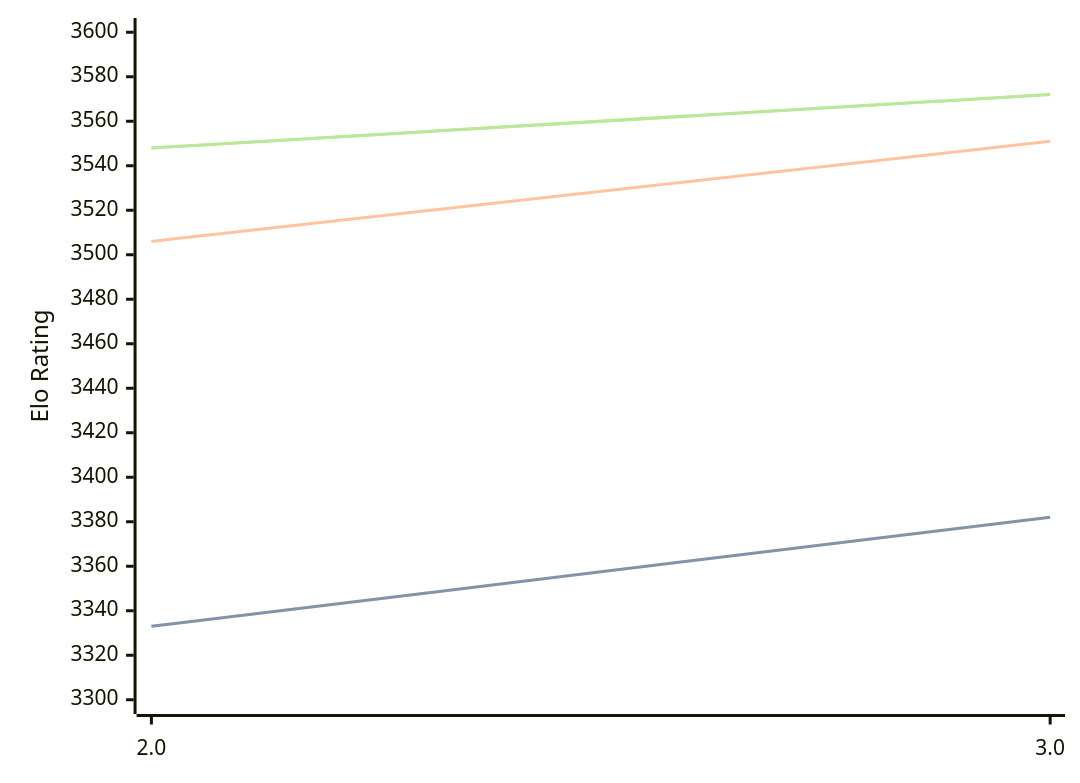
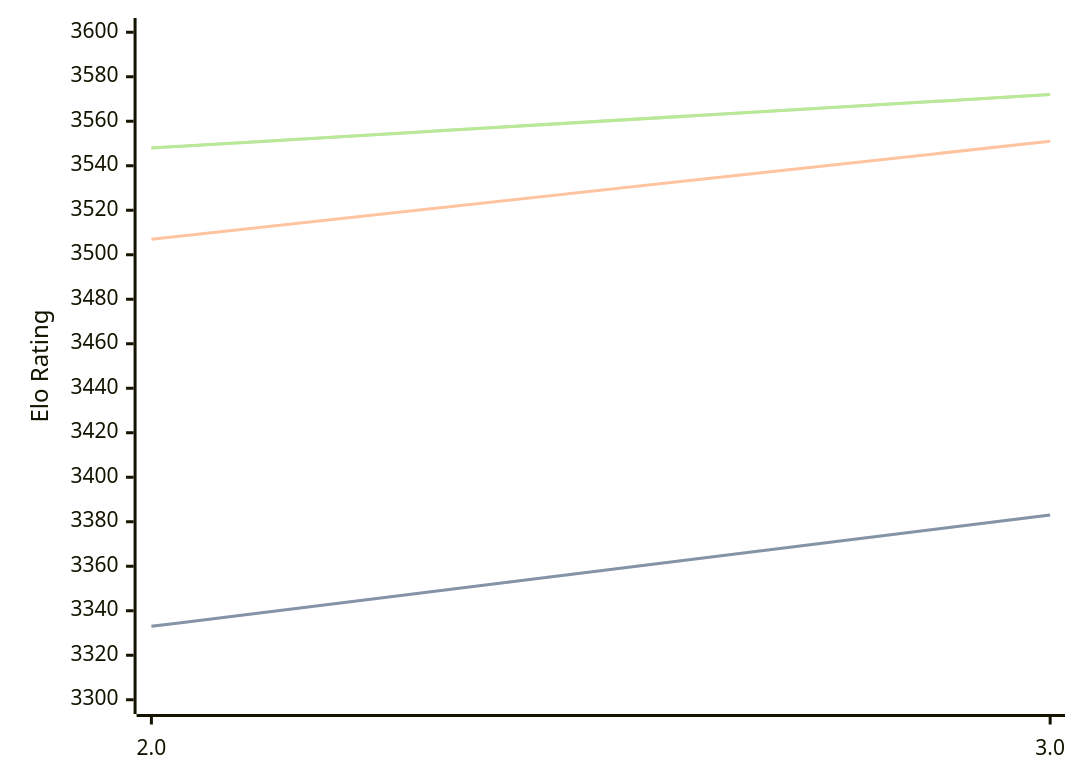
One commit to computer-chess-index/cci changed the diagram in engines/Quanticade.md. Above: the diagram before and after it, drawn with Mermaid. The commit also changed other lines of this file, not shown here.

Commit message:
Update CCI Ratings (ELO VLTC) - 2026-03-14

````diff
--- a/engines/Quanticade.md
+++ b/engines/Quanticade.md
@@ -39,11 +39,11 @@
 ```mermaid
 %%{init: {"theme":"base","themeVariables":{"seriesColors:['#a3a3a3','#222221','#faa371']}}}%%
 xychart-beta
   x-axis ["2.0", "3.0"]
   y-axis "Elo Rating" 3300 --> 3600
-  line "STC (8.0+0.08s)" [3333, 3382]
-  line "STC (8.0+0.08s)" [3333, 3382]
-  line "LTC (60.0+0.60s)" [3506, 3551]
+  line "STC (8.0+0.08s)" [3333, 3383]
+  line "STC (8.0+0.08s)" [3333, 3383]
+  line "LTC (60.0+0.60s)" [3507, 3551]
   line "VLTC (2m24s+1.12s)" [3548, 3572]
   line "VLTC (2m24s+1.12s)" [3548, 3572]
 ```
````
